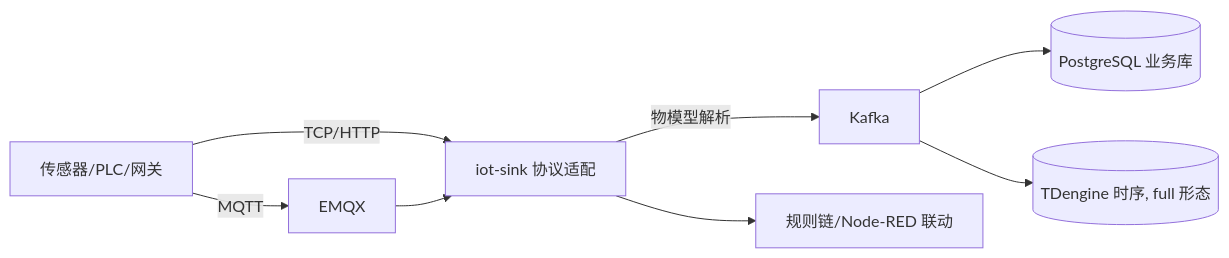
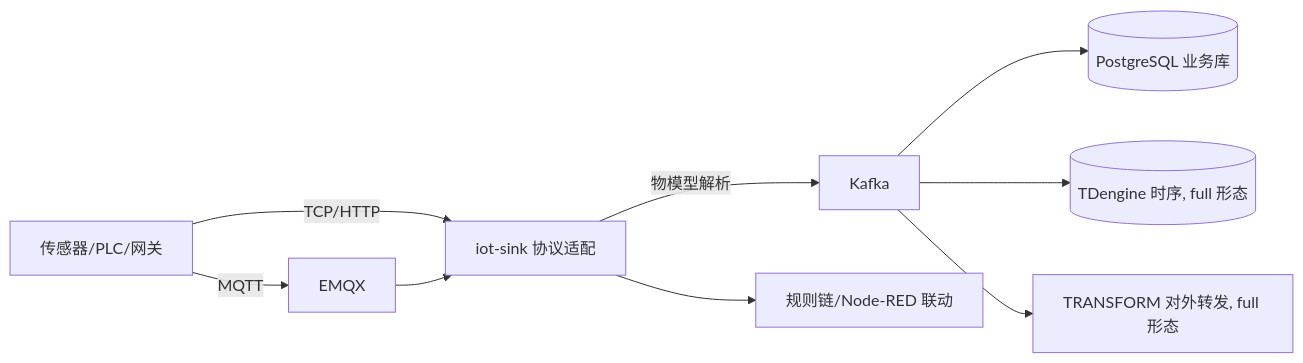
One commit to xinlingzhifei-sh/easyaiot changed the sixth of 7 diagrams in .doc/架构设计/整体架构详解.md. Above: the diagram before and after it, drawn with Mermaid. The commit also changed other lines of this file and 1 other file, not shown here.

````diff
--- a/.doc/架构设计/整体架构详解.md
+++ b/.doc/架构设计/整体架构详解.md
@@ -194,10 +264,11 @@
 ```mermaid
 flowchart LR
     D[传感器/PLC/网关] -->|MQTT| X[EMQX]
     D -->|TCP/HTTP| S[iot-sink 协议适配]
     X --> S
     S -->|物模型解析| K[Kafka]
     K --> P[(PostgreSQL 业务库)]
     K --> T[(TDengine 时序, full 形态)]
+    K --> TF[TRANSFORM 对外转发, full 形态]
     S --> R[规则链/Node-RED 联动]
 ```
````
